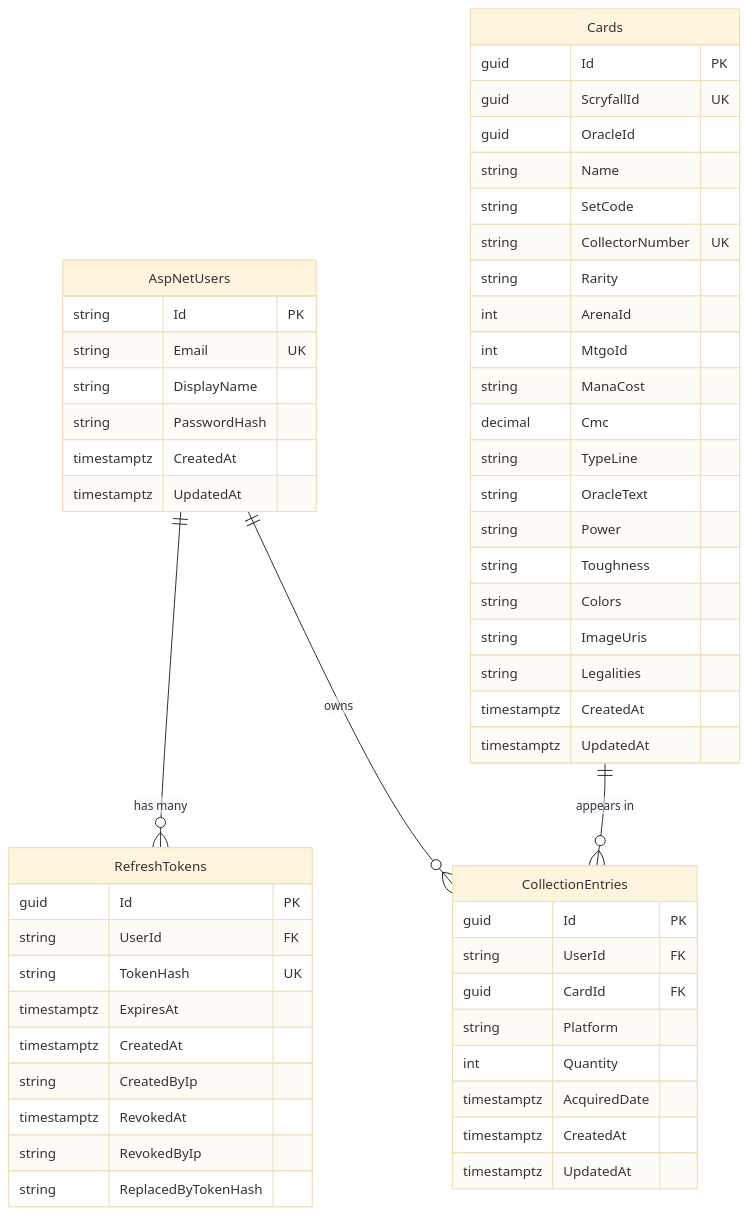
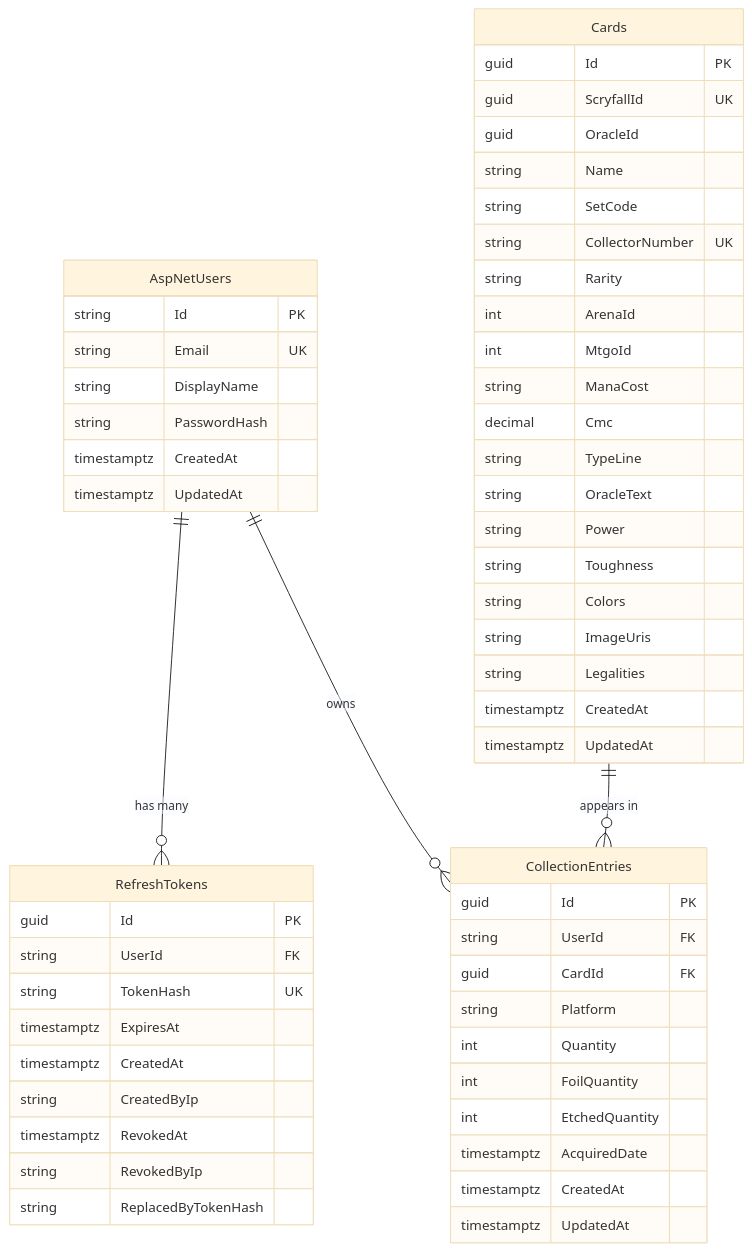
Before and after one commit to Datyedyeguy/mtg-collection-tracker: the diagram in docs/DATABASE.md, drawn with Mermaid (base theme). The commit also changed 8 other files, not shown here.

````diff
--- a/docs/DATABASE.md
+++ b/docs/DATABASE.md
@@ -13,61 +13,63 @@
 ```mermaid
 erDiagram
     AspNetUsers ||--o{ RefreshTokens : "has many"
     AspNetUsers ||--o{ CollectionEntries : "owns"
     Cards ||--o{ CollectionEntries : "appears in"
 
     AspNetUsers {
         string Id PK
         string Email UK
         string DisplayName
         string PasswordHash
         timestamptz CreatedAt
         timestamptz UpdatedAt
     }
 
     RefreshTokens {
         guid Id PK
         string UserId FK
         string TokenHash UK
         timestamptz ExpiresAt
         timestamptz CreatedAt
         string CreatedByIp
         timestamptz RevokedAt
         string RevokedByIp
         string ReplacedByTokenHash
     }
 
     Cards {
         guid Id PK
         guid ScryfallId UK
         guid OracleId
         string Name
         string SetCode
         string CollectorNumber UK
         string Rarity
         int ArenaId
         int MtgoId
         string ManaCost
         decimal Cmc
         string TypeLine
         string OracleText
         string Power
         string Toughness
         string Colors
         string ImageUris
         string Legalities
         timestamptz CreatedAt
         timestamptz UpdatedAt
     }
 
     CollectionEntries {
         guid Id PK
         string UserId FK
         guid CardId FK
         string Platform
         int Quantity
+        int FoilQuantity
+        int EtchedQuantity
         timestamptz AcquiredDate
         timestamptz CreatedAt
         timestamptz UpdatedAt
     }
 ```
````
